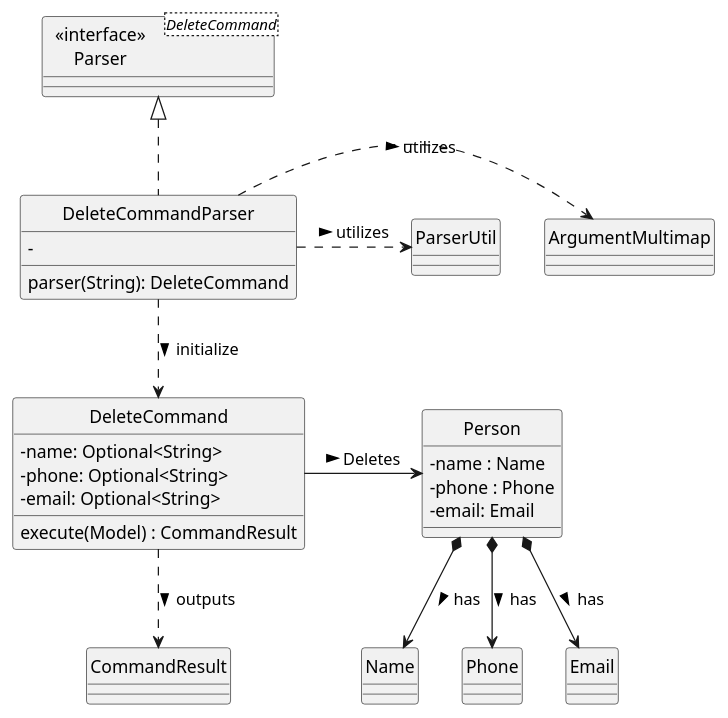
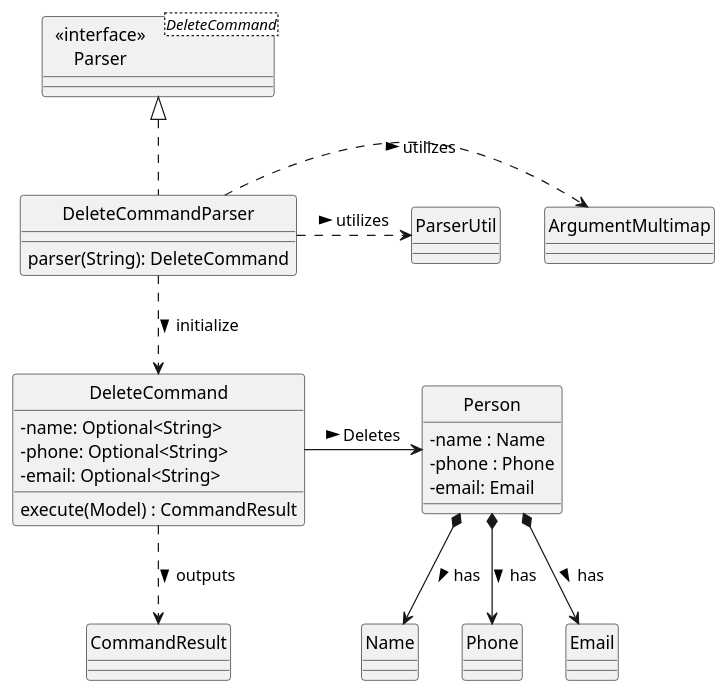
Before and after one commit to nus-cs2103-AY2425S1/tp: the diagram in docs/diagrams/DeleteClassDiagram.puml, drawn with PlantUML. The commit also changed 3 other files, not shown here.

Commit message:
Update delete and date class diagram Closes #239

```diff
--- a/docs/diagrams/DeleteClassDiagram.puml
+++ b/docs/diagrams/DeleteClassDiagram.puml
@@ -1,45 +1,44 @@
 @startuml
 hide circle
 skinparam classAttributeIconSize 0
 
 Class "  <<interface>>  \nParser" as Parser<DeleteCommand>
 Class DeleteCommandParser {
-    -
     parser(String): DeleteCommand
 }
 
 Class DeleteCommand {
   -name: Optional<String>
   -phone: Optional<String>
   -email: Optional<String>
   execute(Model) : CommandResult
 }
 Class CommandResult
 
 Class ArgumentMultimap
 Class ParserUtil
 
 Class Person {
   -name : Name
   -phone : Phone
   -email: Email
 }
 Class Name
 Class Phone
 Class Email
 
 DeleteCommandParser .up.|> Parser
 
 DeleteCommandParser .down.> DeleteCommand: initialize >
 DeleteCommandParser .right.> ArgumentMultimap: utilizes >
 DeleteCommandParser .right.> ParserUtil: utilizes >
 
 DeleteCommand .down.> CommandResult: outputs >
 
 
 DeleteCommand -right-> Person: Deletes >
 Person *-down-> Name: has >
 Person *-down-> Phone: has >
 Person *-down-> Email: has >
 
 @enduml
```
